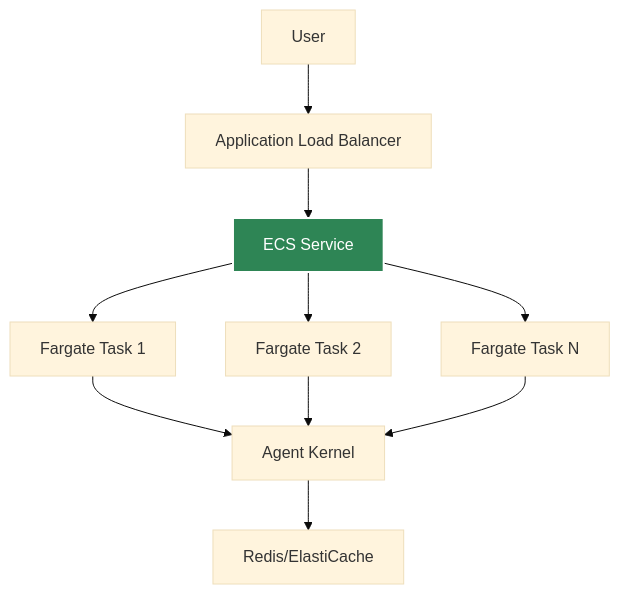
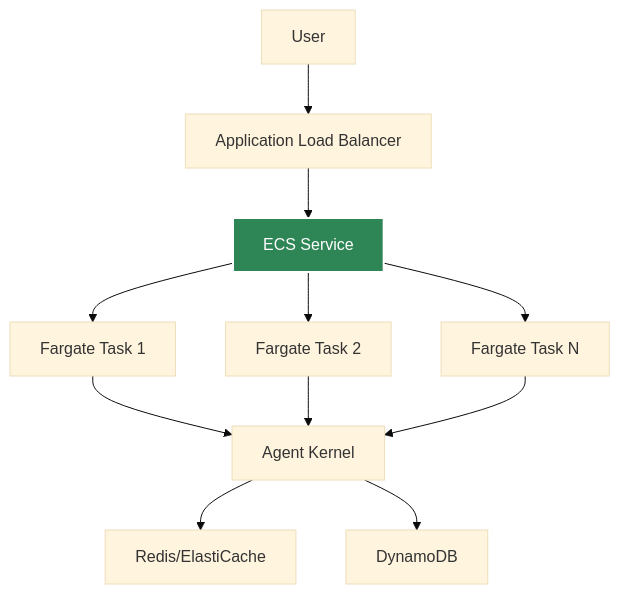
One commit to yaalalabs/agent-kernel changed the diagram in docs/docs/deployment/aws-containerized.md. Above: the diagram before and after it, drawn with Mermaid (base theme). The commit also changed other lines of this file and 2 other files, not shown here.

````diff
--- a/docs/docs/deployment/aws-containerized.md
+++ b/docs/docs/deployment/aws-containerized.md
@@ -11,16 +11,17 @@
 ```mermaid
 graph TB
     A[User] --> B[Application Load Balancer]
     B --> C[ECS Service]
     C --> D[Fargate Task 1]
     C --> E[Fargate Task 2]
     C --> F[Fargate Task N]
     
     D --> G[Agent Kernel]
     E --> G
     F --> G
     
     G --> H[Redis/ElastiCache]
+    G --> I[DynamoDB]
     
     style C fill:#2e8555,stroke:#fff,stroke-width:2px,color:#fff
 ```
````
